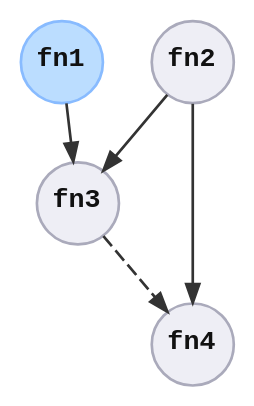
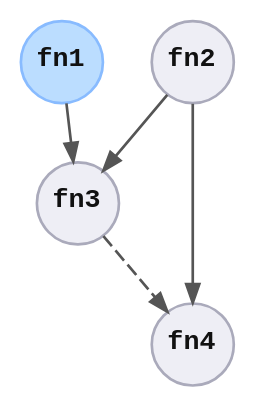
One commit to azriel91/peace changed the diagram in doc/src/technical_concepts/item_spec_graph/initialization.md. Above: the diagram before and after it, drawn with Graphviz. The commit also changed 6 other files, not shown here.

````diff
--- a/doc/src/technical_concepts/item_spec_graph/initialization.md
+++ b/doc/src/technical_concepts/item_spec_graph/initialization.md
@@ -18,39 +18,39 @@
 ```dot process
 digraph {
     graph [
         penwidth  = 0
         nodesep   = 0.25
         ranksep   = 0.3
         bgcolor   = "transparent"
-        fontcolor = "#333333"
+        fontcolor = "#555555"
         splines   = line
     ]
     node [
         fontcolor = "#111111"
         fontname  = "monospace"
         fontsize  = 10
         shape     = "circle"
         style     = "filled"
         width     = 0.4
         height    = 0.4
         margin    = 0.04
         color     = "#aaaabb"
         fillcolor = "#eeeef5"
     ]
     edge [
         arrowsize = 0.7
-        color     = "#333333"
-        fontcolor = "#333333"
+        color     = "#555555"
+        fontcolor = "#555555"
     ]
 
     fn1 [label = <<b>fn1</b>>, color = "#88bbff", fillcolor = "#bbddff"]
     fn2 [label = <<b>fn2</b>>]
     fn3 [label = <<b>fn3</b>>]
     fn4 [label = <<b>fn4</b>>]
 
     fn1 -> fn3
     fn2 -> fn3
     fn2 -> fn4 [weight = 2]
-    fn3 -> fn4 [style = "dashed", color = "#333333"]
+    fn3 -> fn4 [style = "dashed", color = "#555555"]
 }
 ```
````
